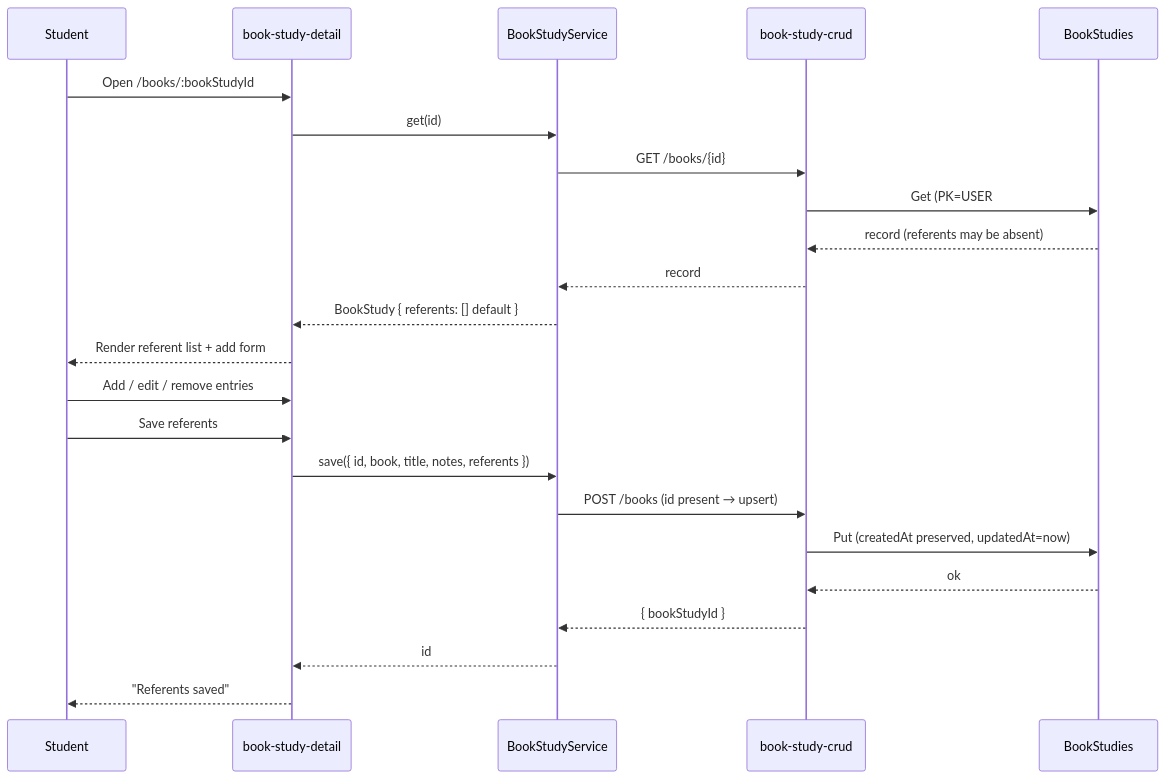
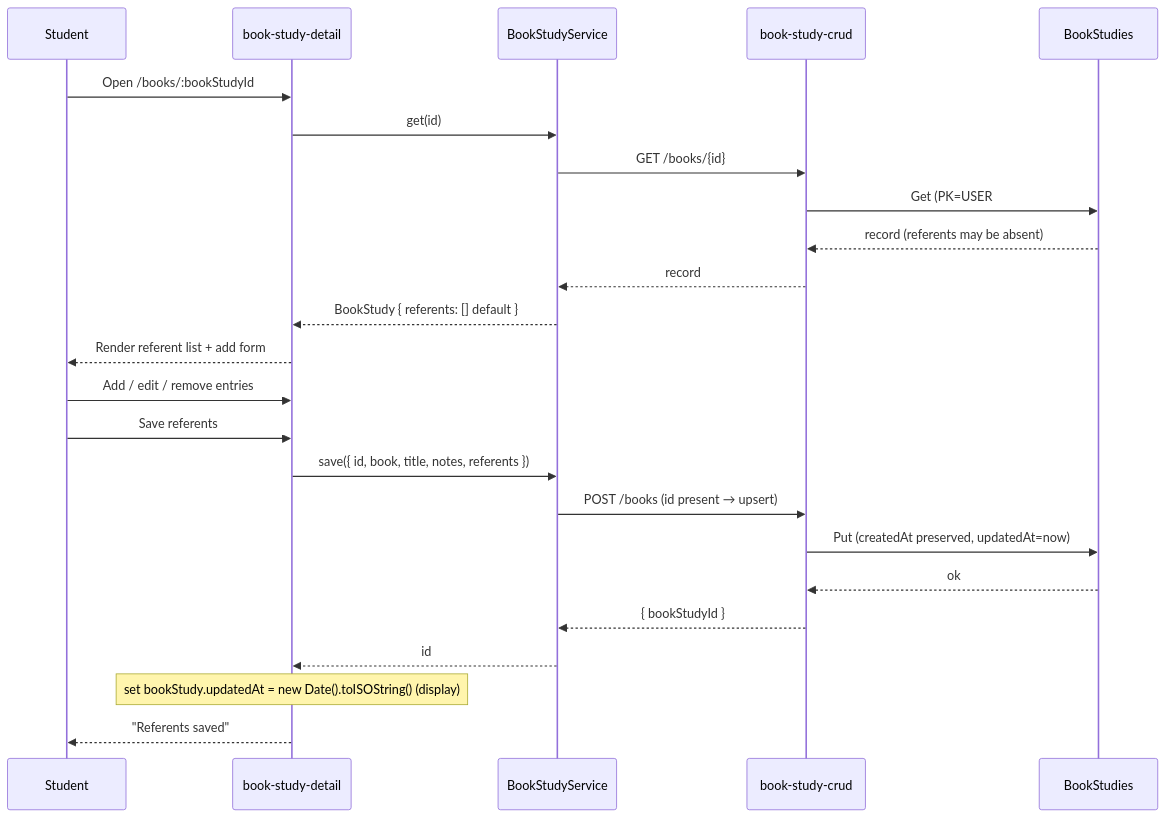
The second of 2 diagrams in .kiro/specs/referent-analysis/design.md (trsam1/sbs-assist), drawn with Mermaid before and after one commit. The commit also changed other lines of this file and 1 other file, not shown here.

Commit message:
docs: address review of referent-analysis spec (updatedAt save flow)

````diff
--- a/.kiro/specs/referent-analysis/design.md
+++ b/.kiro/specs/referent-analysis/design.md
@@ -48,26 +48,27 @@
 ```mermaid
 sequenceDiagram
     participant U as Student
     participant BSD as book-study-detail
     participant BSS as BookStudyService
     participant BFn as book-study-crud
     participant DB as BookStudies
 
     U->>BSD: Open /books/:bookStudyId
     BSD->>BSS: get(id)
     BSS->>BFn: GET /books/{id}
     BFn->>DB: Get (PK=USER#sub, SK=BOOKSTUDY#id)
     DB-->>BFn: record (referents may be absent)
     BFn-->>BSS: record
     BSS-->>BSD: BookStudy { referents: [] default }
     BSD-->>U: Render referent list + add form
     U->>BSD: Add / edit / remove entries
     U->>BSD: Save referents
     BSD->>BSS: save({ id, book, title, notes, referents })
     BSS->>BFn: POST /books (id present → upsert)
     BFn->>DB: Put (createdAt preserved, updatedAt=now)
     DB-->>BFn: ok
     BFn-->>BSS: { bookStudyId }
     BSS-->>BSD: id
+    Note over BSD: set bookStudy.updatedAt = new Date().toISOString() (display)
     BSD-->>U: "Referents saved"
 ```
````
